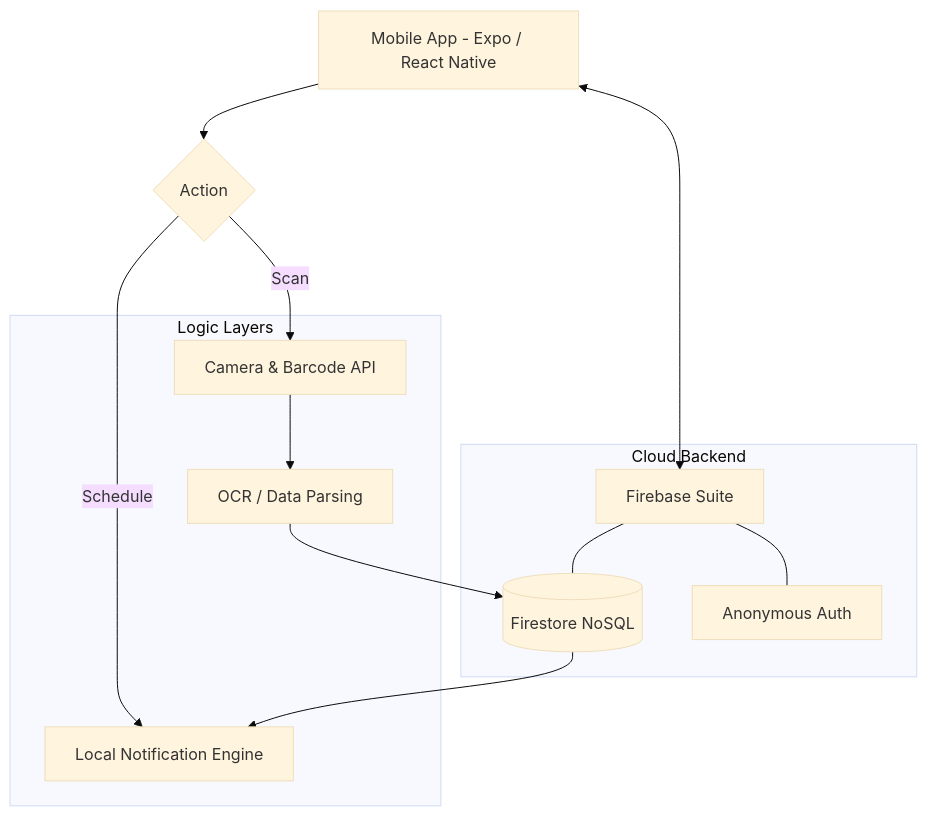
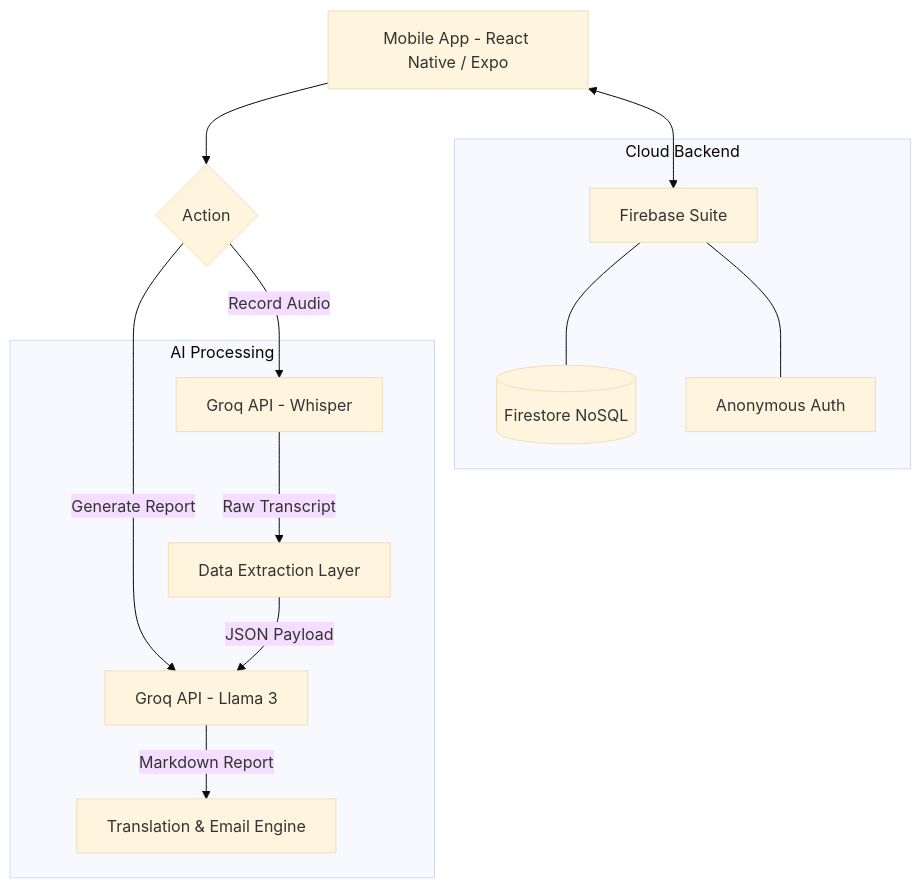
Before and after one commit to riyan42069/hackathon: the diagram in README.md, drawn with Mermaid (base theme). The commit also changed other lines of this file, not shown here.

````diff
--- a/README.md
+++ b/README.md
@@ -78,18 +74,18 @@
 ```mermaid
 graph TD
-    A[Mobile App - Expo / React Native] --> B{Action}
-    B -->|Scan| C[Camera & Barcode API]
-    B -->|Schedule| D[Local Notification Engine]
+    A[Mobile App - React Native / Expo] --> B{Action}
+    B -->|Record Audio| C[Groq API - Whisper]
+    B -->|Generate Report| D[Groq API - Llama 3]
     
     A <--> E[Firebase Suite]
     subgraph Cloud Backend
         E --- F[(Firestore NoSQL)]
         E --- G[Anonymous Auth]
     end
 
-    subgraph Logic Layers
-        C --> H[OCR / Data Parsing]
-        H --> F
-        F --> D
+    subgraph AI Processing
+        C -->|Raw Transcript| H[Data Extraction Layer]
+        H -->|JSON Payload| D
+        D -->|Markdown Report| I[Translation & Email Engine]
     end
 ```
````
